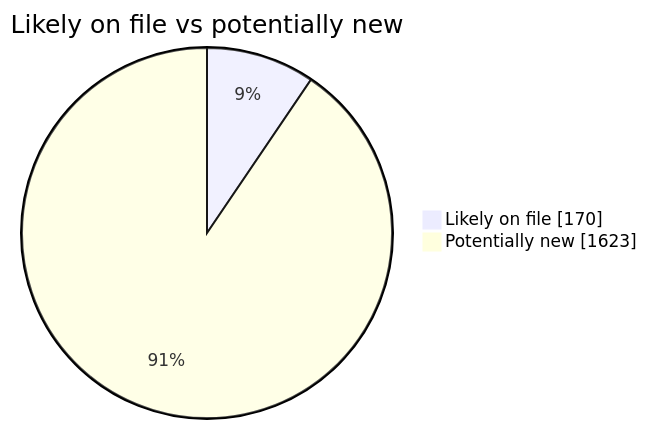
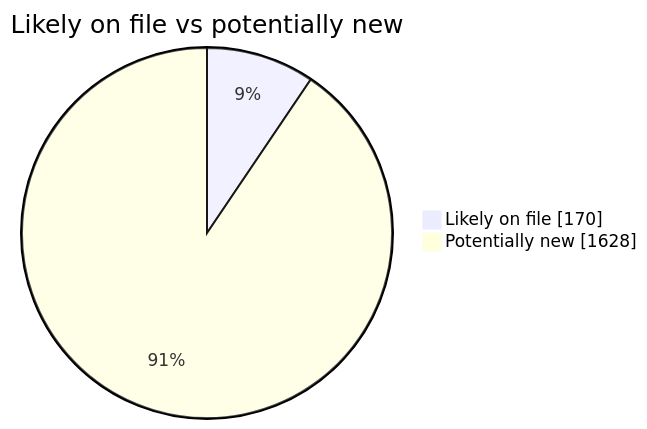
Before and after one commit to martinbalfanz/social-scanner-reports: the second of 4 diagrams in README.md, drawn with Mermaid. The commit also changed other lines of this file and 4 other files, not shown here.

````diff
--- a/README.md
+++ b/README.md
@@ -40,5 +40,5 @@
 ```mermaid
 pie showData title Likely on file vs potentially new
     "Likely on file" : 170
-    "Potentially new" : 1623
+    "Potentially new" : 1628
 ```
````
